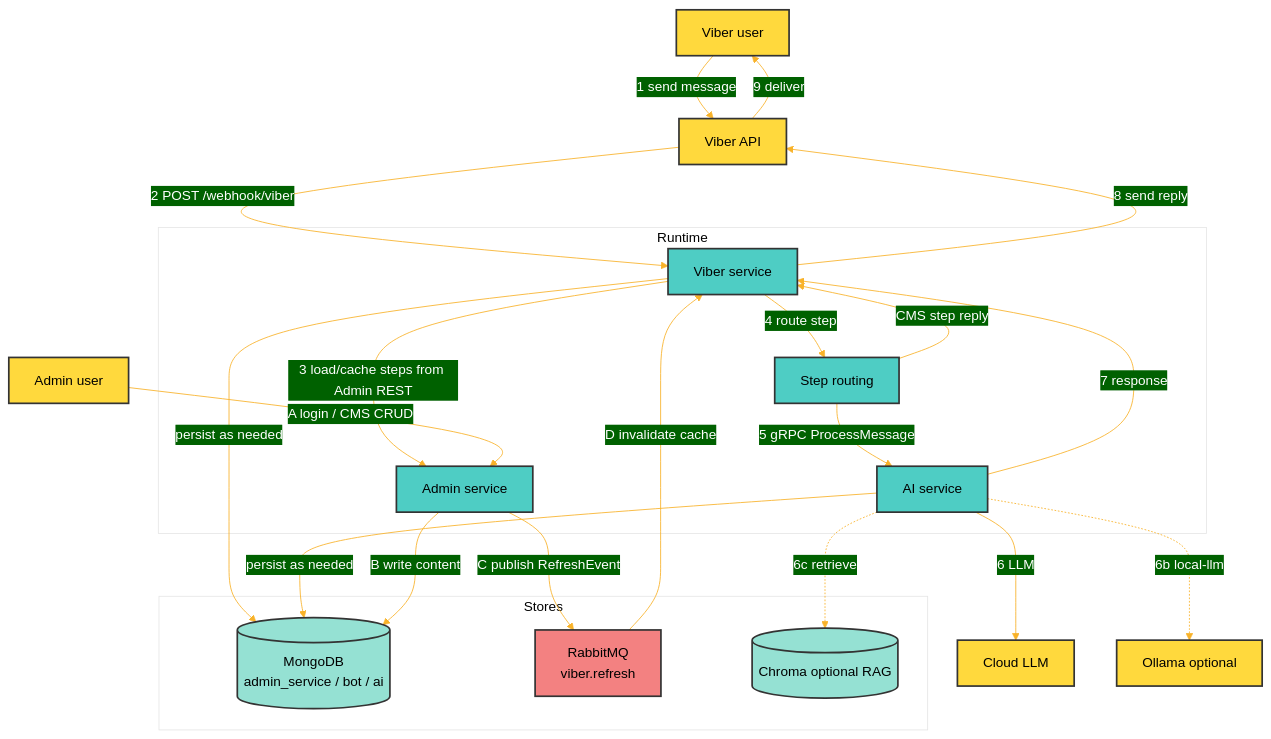
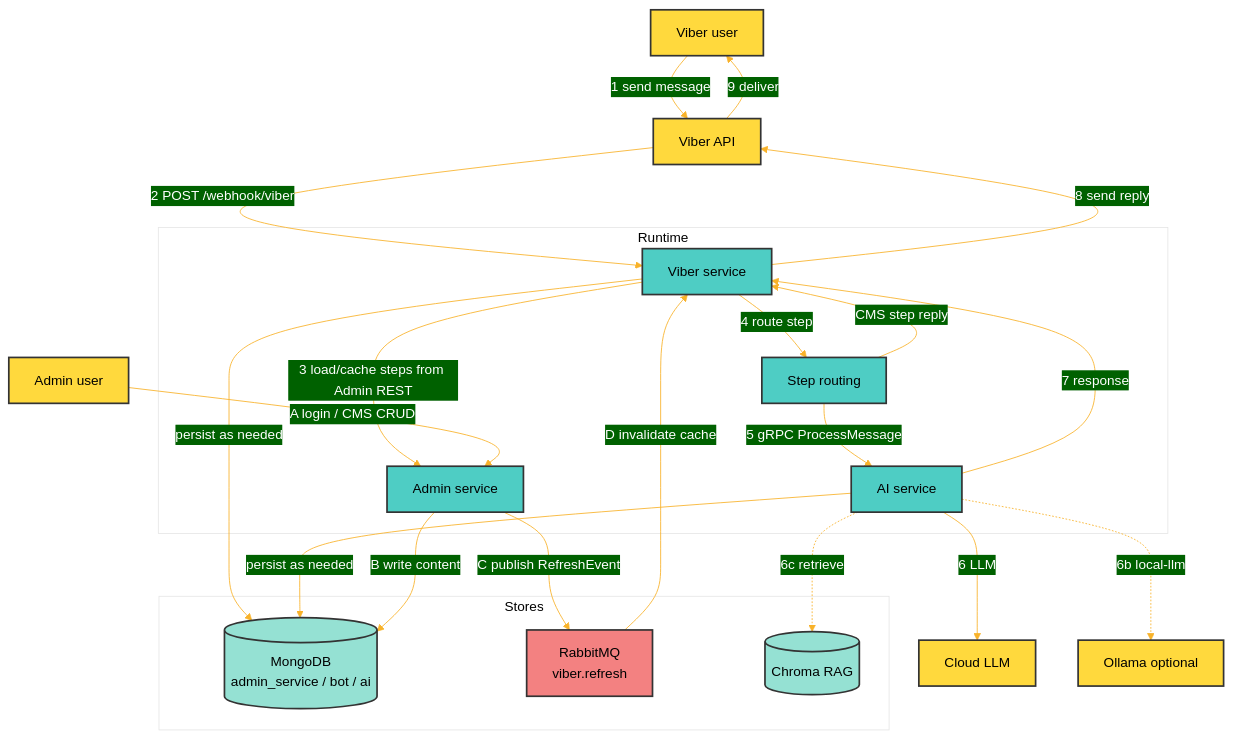
The diagram in documentation/diagrams/data-flow.mmd (valiobar/vbar-viber-bot), drawn with Mermaid before and after one commit. The commit also changed 14 other files, not shown here.

```diff
--- a/documentation/diagrams/data-flow.mmd
+++ b/documentation/diagrams/data-flow.mmd
@@ -1,50 +1,50 @@
 %%{init: {'theme':'base', 'themeVariables': { 'primaryColor':'#ff6b6b','primaryTextColor':'#fff','primaryBorderColor':'#7C0000','lineColor':'#F8B229','secondaryColor':'#006100','tertiaryColor':'#fff'}}}%%
 flowchart TB
     User[Viber user]
     AdminUser[Admin user]
     ViberAPI[Viber API]
     ExternalAI[Cloud LLM]
     Ollama[Ollama optional]
 
     subgraph Runtime["Runtime"]
         Admin[Admin service]
         Viber[Viber service]
         Route[Step routing]
         AI[AI service]
     end
 
     subgraph Stores["Stores"]
         Mongo[(MongoDB<br/>admin_service / bot / ai)]
         RabbitMQ[RabbitMQ<br/>viber.refresh]
-        Chroma[(Chroma optional RAG)]
+        Chroma[(Chroma RAG)]
     end
 
     User -->|1 send message| ViberAPI
     ViberAPI -->|2 POST /webhook/viber| Viber
     Viber -->|3 load/cache steps from Admin REST| Admin
     Viber -->|4 route step| Route
     Route -->|CMS step reply| Viber
     Route -->|5 gRPC ProcessMessage| AI
     AI -->|6 LLM| ExternalAI
     AI -.->|6b local-llm| Ollama
     AI -.->|6c retrieve| Chroma
     AI -->|7 response| Viber
     Viber -->|8 send reply| ViberAPI
     ViberAPI -->|9 deliver| User
     Viber -->|persist as needed| Mongo
     AI -->|persist as needed| Mongo
 
     AdminUser -->|A login / CMS CRUD| Admin
     Admin -->|B write content| Mongo
     Admin -->|C publish RefreshEvent| RabbitMQ
     RabbitMQ -->|D invalidate cache| Viber
 
     classDef svc fill:#4ECDC4,stroke:#333,stroke-width:2px,color:#000
     classDef db fill:#95E1D3,stroke:#333,stroke-width:2px,color:#000
     classDef mq fill:#F38181,stroke:#333,stroke-width:2px,color:#000
     classDef ext fill:#FFD93D,stroke:#333,stroke-width:2px,color:#000
 
     class Admin,Viber,AI,Route svc
     class Mongo,Chroma db
     class RabbitMQ mq
     class User,AdminUser,ViberAPI,ExternalAI,Ollama ext
```
